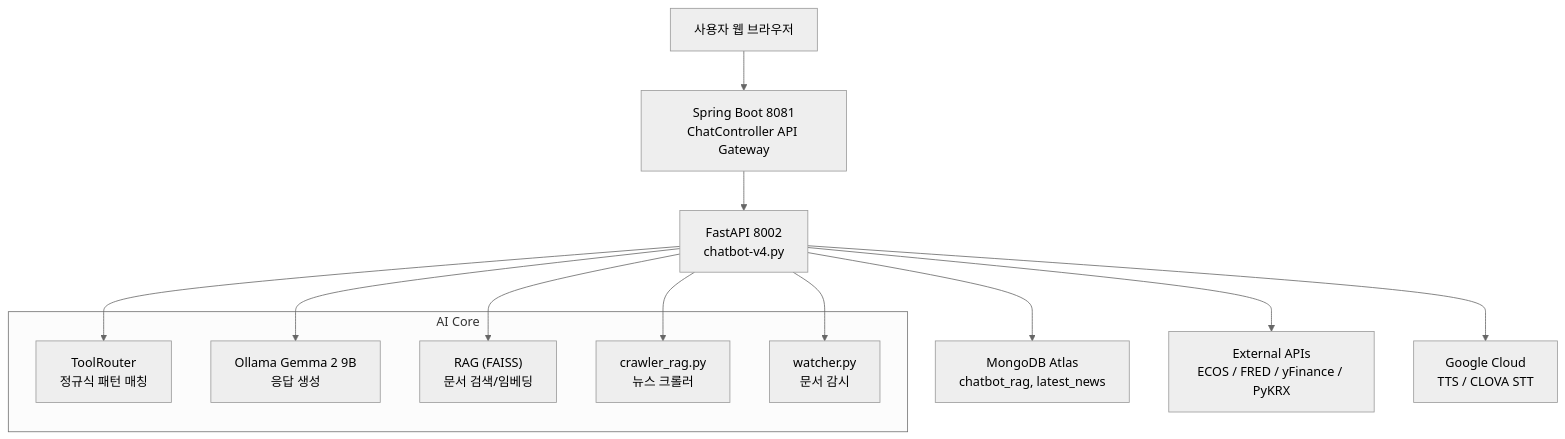
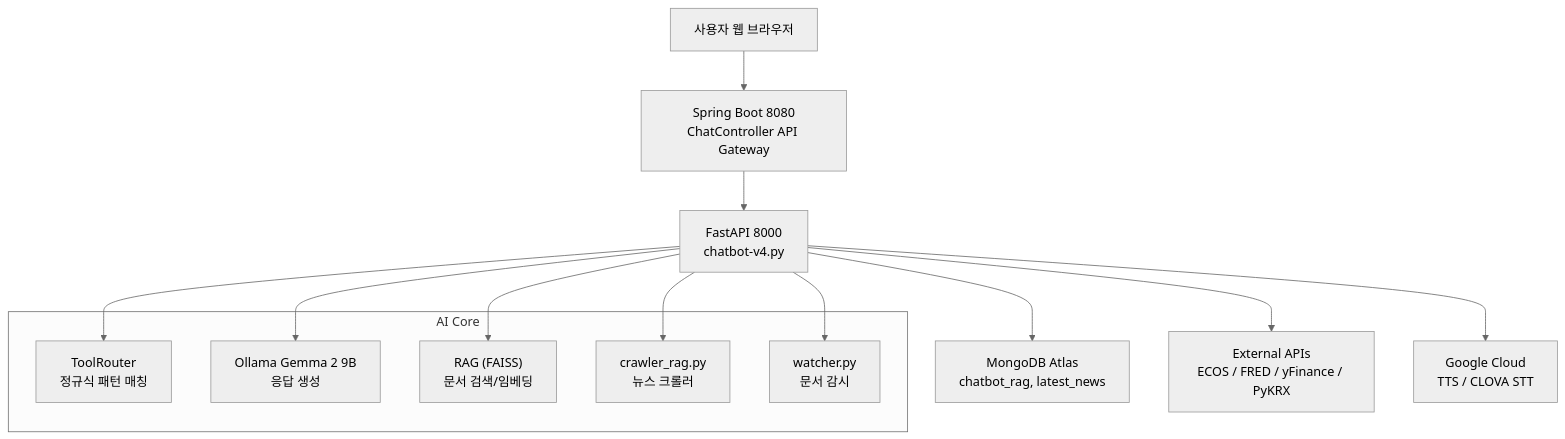
The diagram in README.md (yooseungmin9/yoo-chatbot-v1), drawn with Mermaid (neutral theme) before and after one commit.

````diff
--- a/README.md
+++ b/README.md
@@ -91,20 +91,20 @@
 ```mermaid
 graph TD
-    U["사용자 웹 브라우저"] --> SB["Spring Boot 8081<br>ChatController API Gateway"]
-    SB --> FA["FastAPI 8002<br>chatbot-v4.py"]
+    U["사용자 웹 브라우저"] --> SB["Spring Boot 8080<br>ChatController API Gateway"]
+    SB --> FA["FastAPI 8000<br>chatbot-v4.py"]
     subgraph "AI Core"
         TR["ToolRouter<br>정규식 패턴 매칭"]
         OL["Ollama Gemma 2 9B<br>응답 생성"]
         RG["RAG (FAISS)<br>문서 검색/임베딩"]
         CR["crawler_rag.py<br>뉴스 크롤러"]
         WT["watcher.py<br>문서 감시"]
     end
     FA --> TR
     FA --> OL
     FA --> RG
     FA --> CR
     FA --> WT
     FA --> MDB["MongoDB Atlas<br>chatbot_rag, latest_news"]
     FA --> API["External APIs<br>ECOS / FRED / yFinance / PyKRX"]
     FA --> GC["Google Cloud<br>TTS / CLOVA STT"]
 ```
````
